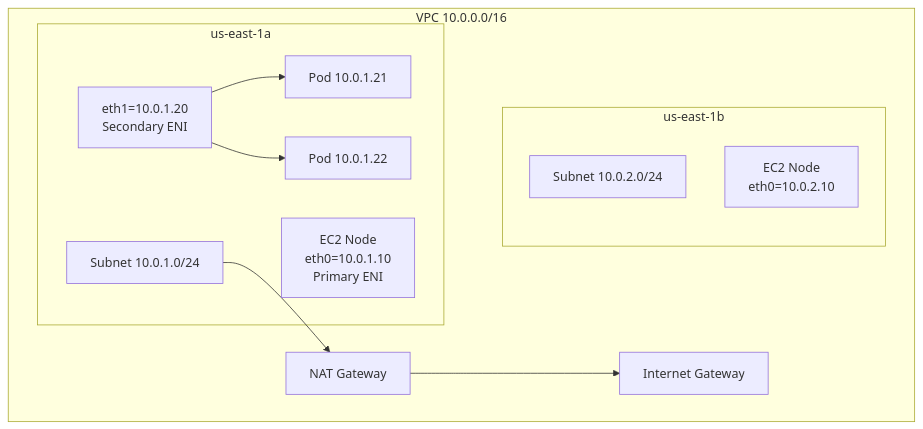
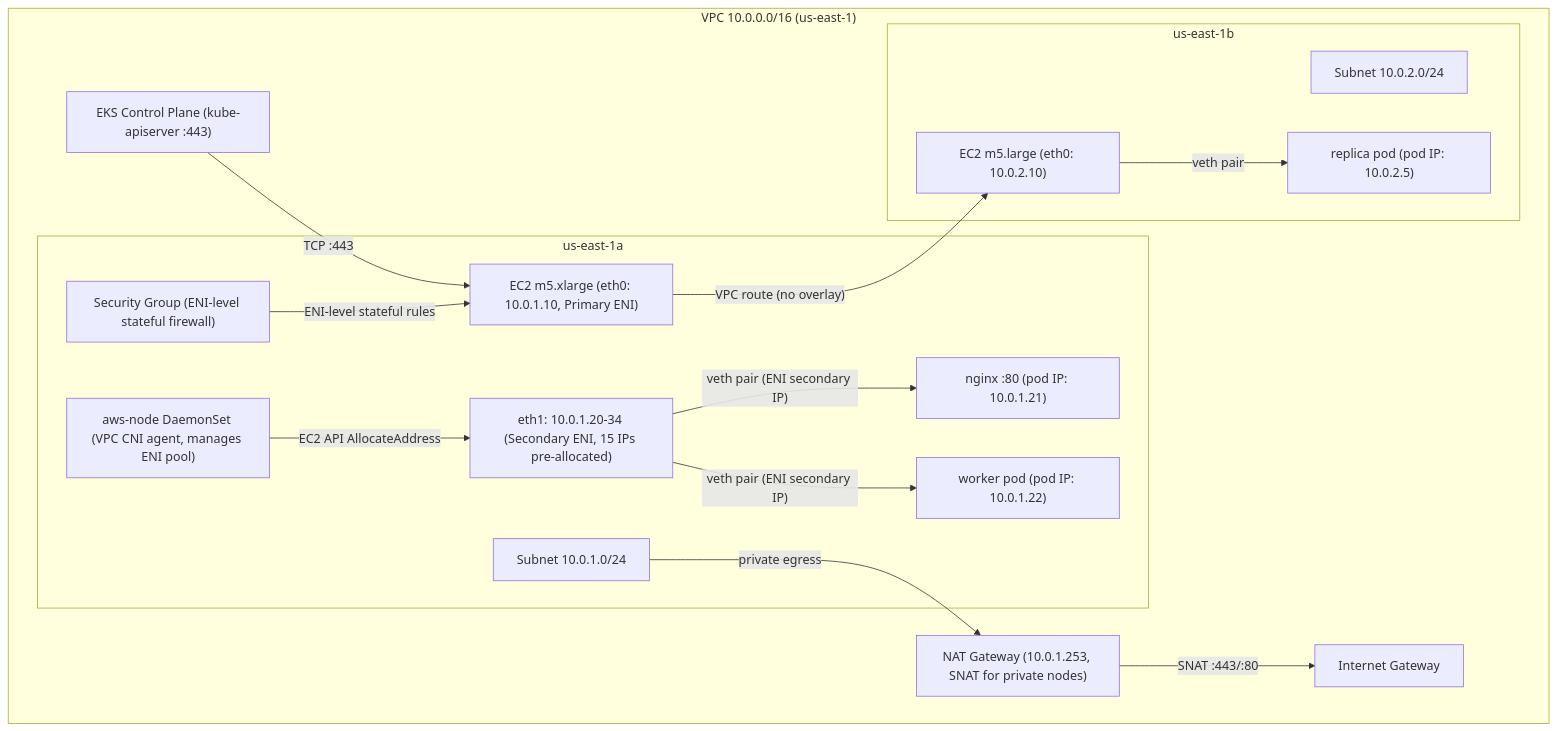
Before and after one commit to MykolaLebid/Kubernetes_networking_engineering: the second of 4 diagrams in lessons/08-cloud-provider-networking.md, drawn with Mermaid. The commit also changed other lines of this file and 35 other files, not shown here.

First line of the commit message:
Restructure all 34 lessons: Theory/Practice split, richer diagrams, industry examples, navigation

````diff
--- a/lessons/08-cloud-provider-networking.md
+++ b/lessons/08-cloud-provider-networking.md
@@ -61,22 +55,32 @@
 ```mermaid
 flowchart TD
-    subgraph vpc["VPC 10.0.0.0/16"]
+    subgraph vpc["VPC 10.0.0.0/16 (us-east-1)"]
         subgraph az1["us-east-1a"]
-            SUB1[Subnet 10.0.1.0/24]
-            N1[EC2 Node<br/>eth0=10.0.1.10<br/>Primary ENI]
-            N1E2[eth1=10.0.1.20<br/>Secondary ENI]
-            P1[Pod 10.0.1.21]
-            P2[Pod 10.0.1.22]
+            SUB1["Subnet 10.0.1.0/24"]
+            SG["Security Group (ENI-level stateful firewall)"]
+            N1["EC2 m5.xlarge (eth0: 10.0.1.10, Primary ENI)"]
+            N1E2["eth1: 10.0.1.20-34 (Secondary ENI, 15 IPs pre-allocated)"]
+            CNIAGENT["aws-node DaemonSet (VPC CNI agent, manages ENI pool)"]
+            P1["nginx :80 (pod IP: 10.0.1.21)"]
+            P2["worker pod (pod IP: 10.0.1.22)"]
         end
         subgraph az2["us-east-1b"]
-            SUB2[Subnet 10.0.2.0/24]
-            N2[EC2 Node<br/>eth0=10.0.2.10]
+            SUB2["Subnet 10.0.2.0/24"]
+            N2["EC2 m5.large (eth0: 10.0.2.10)"]
+            P3["replica pod (pod IP: 10.0.2.5)"]
         end
-        IGW[Internet Gateway]
-        NAT[NAT Gateway]
+        IGW["Internet Gateway"]
+        NAT["NAT Gateway (10.0.1.253, SNAT for private nodes)"]
+        EKSCPLANE["EKS Control Plane (kube-apiserver :443)"]
     end
 
-    N1E2 --> P1
-    N1E2 --> P2
-    SUB1 --> NAT --> IGW
+    CNIAGENT --"EC2 API AllocateAddress"--> N1E2
+    N1E2 --"veth pair (ENI secondary IP)"--> P1
+    N1E2 --"veth pair (ENI secondary IP)"--> P2
+    N1 --"VPC route (no overlay)"--> N2
+    N2 --"veth pair"--> P3
+    SG --"ENI-level stateful rules"--> N1
+    SUB1 --"private egress"--> NAT
+    NAT --"SNAT :443/:80"--> IGW
+    EKSCPLANE --"TCP :443"--> N1
 ```
````
